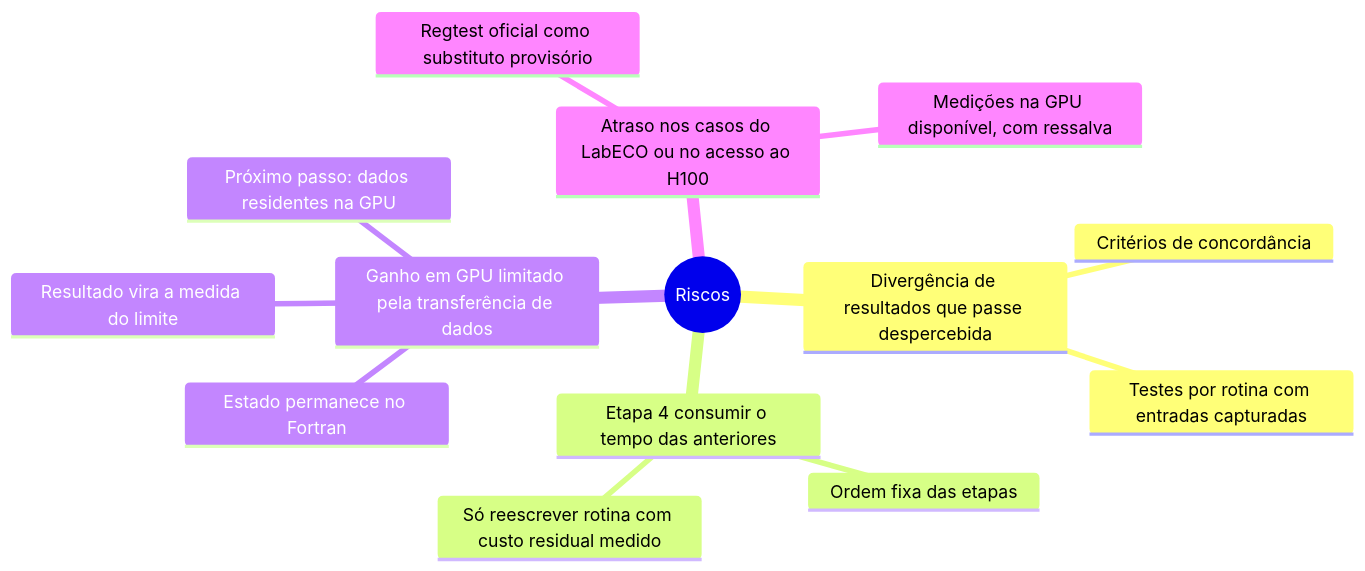
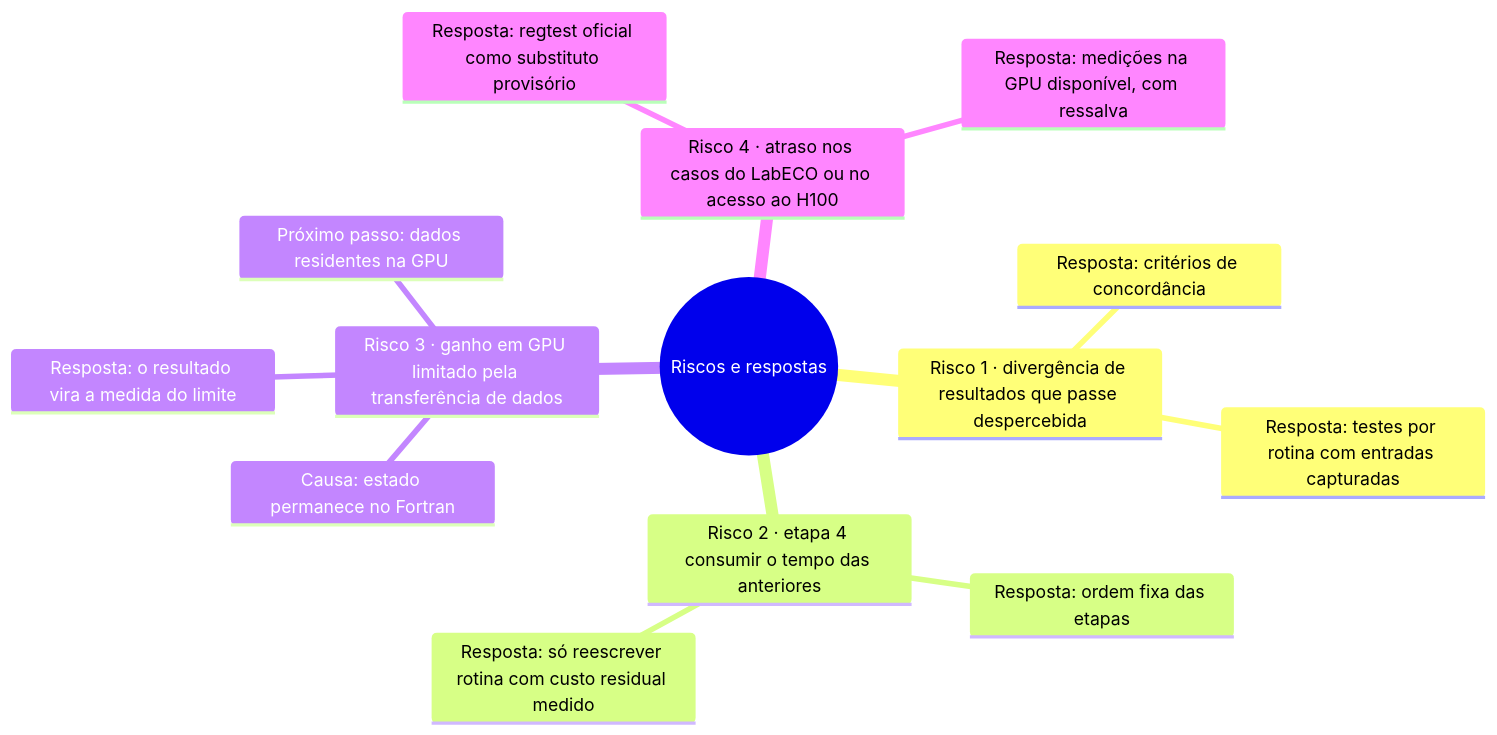
One commit to h0ffmann/ww3-gpu changed the eighth of 8 diagrams in pubs/proposal/mapas-mentais.pt.md. Above: the diagram before and after it, drawn with Mermaid. The commit also changed other lines of this file and 15 other files, not shown here.

First line of the commit message:
figures: clearer diagrams and explanations always visible

````diff
--- a/pubs/proposal/mapas-mentais.pt.md
+++ b/pubs/proposal/mapas-mentais.pt.md
@@ -300,19 +300,19 @@
 ```mermaid
 %% figure: proposta-riscos
 %% title: Quais são os riscos do projeto e como cada um é mitigado?
 mindmap
-  root((Riscos))
-    Divergência de resultados que passe despercebida
-      Critérios de concordância
-      Testes por rotina com entradas capturadas
-    Etapa 4 consumir o tempo das anteriores
-      Ordem fixa das etapas
-      Só reescrever rotina com custo residual medido
-    Ganho em GPU limitado pela transferência de dados
-      Estado permanece no Fortran
-      Resultado vira a medida do limite
+  root((Riscos e respostas))
+    Risco 1 · divergência de resultados que passe despercebida
+      Resposta: critérios de concordância
+      Resposta: testes por rotina com entradas capturadas
+    Risco 2 · etapa 4 consumir o tempo das anteriores
+      Resposta: ordem fixa das etapas
+      Resposta: só reescrever rotina com custo residual medido
+    Risco 3 · ganho em GPU limitado pela transferência de dados
+      Causa: estado permanece no Fortran
+      Resposta: o resultado vira a medida do limite
       Próximo passo: dados residentes na GPU
-    Atraso nos casos do LabECO ou no acesso ao H100
-      Regtest oficial como substituto provisório
-      Medições na GPU disponível, com ressalva
+    Risco 4 · atraso nos casos do LabECO ou no acesso ao H100
+      Resposta: regtest oficial como substituto provisório
+      Resposta: medições na GPU disponível, com ressalva
 ```
````
